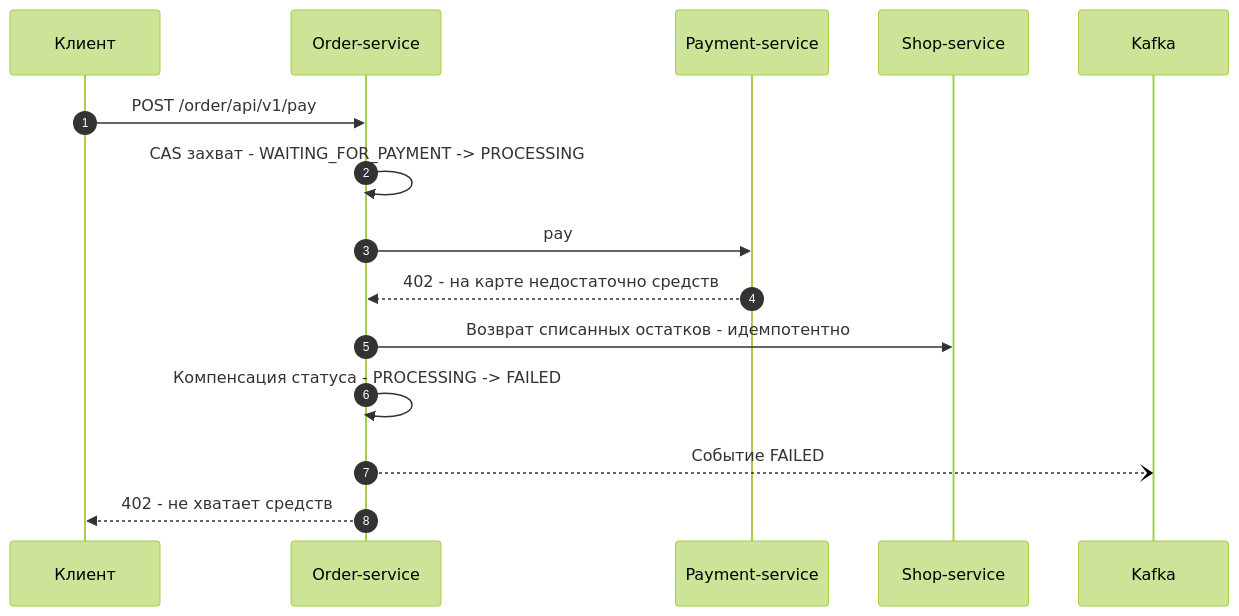
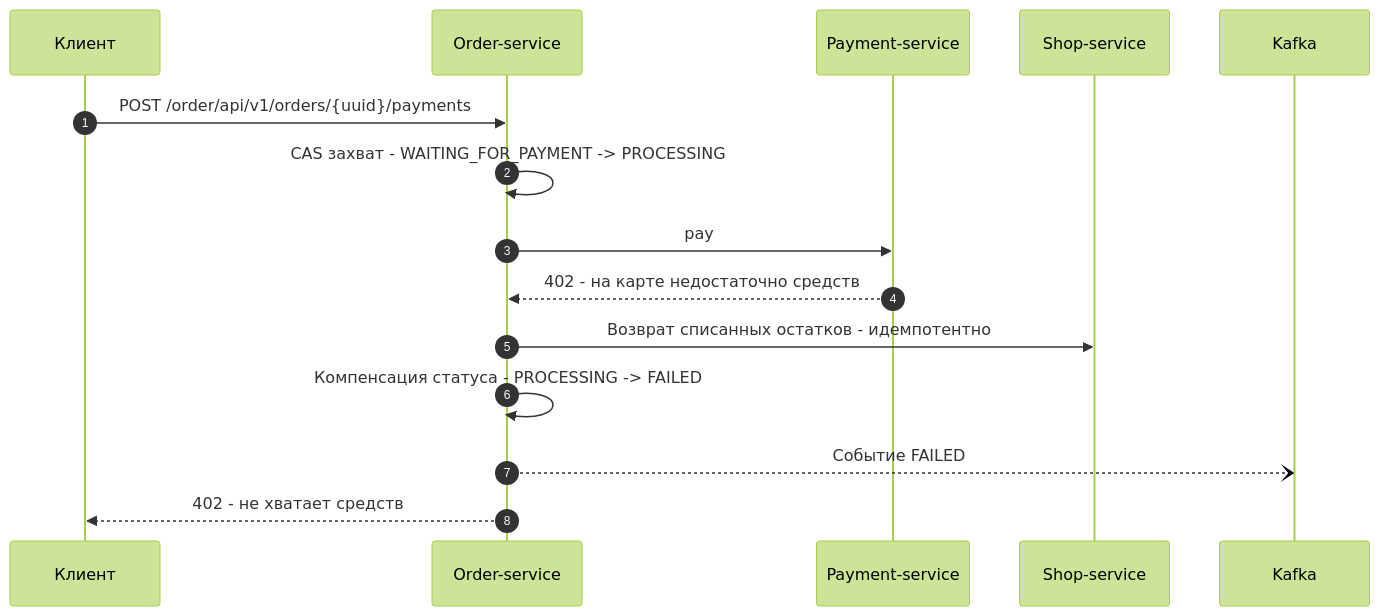
The fourth of 9 diagrams in README.md (Sergistan/spring-microservices), drawn with Mermaid (forest theme) before and after one commit. The commit also changed other lines of this file and 14 other files, not shown here.

````diff
--- a/README.md
+++ b/README.md
@@ -501,18 +501,18 @@
 ```mermaid
 sequenceDiagram
     autonumber
     participant C as Клиент
     participant O as Order-service
     participant P as Payment-service
     participant S as Shop-service
     participant K as Kafka
 
-    C->>O: POST /order/api/v1/pay
+    C->>O: POST /order/api/v1/orders/{uuid}/payments
     O->>O: CAS захват - WAITING_FOR_PAYMENT -> PROCESSING
     O->>P: pay
     P-->>O: 402 - на карте недостаточно средств
     O->>S: Возврат списанных остатков - идемпотентно
     O->>O: Компенсация статуса - PROCESSING -> FAILED
     O--)K: Событие FAILED
     O-->>C: 402 - не хватает средств
 ```
````
